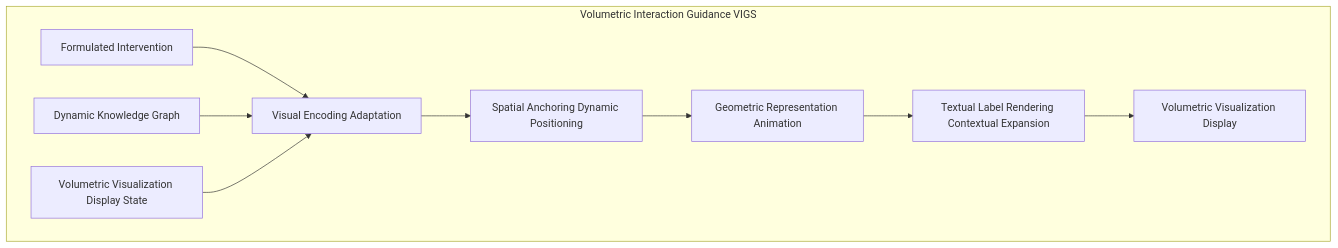
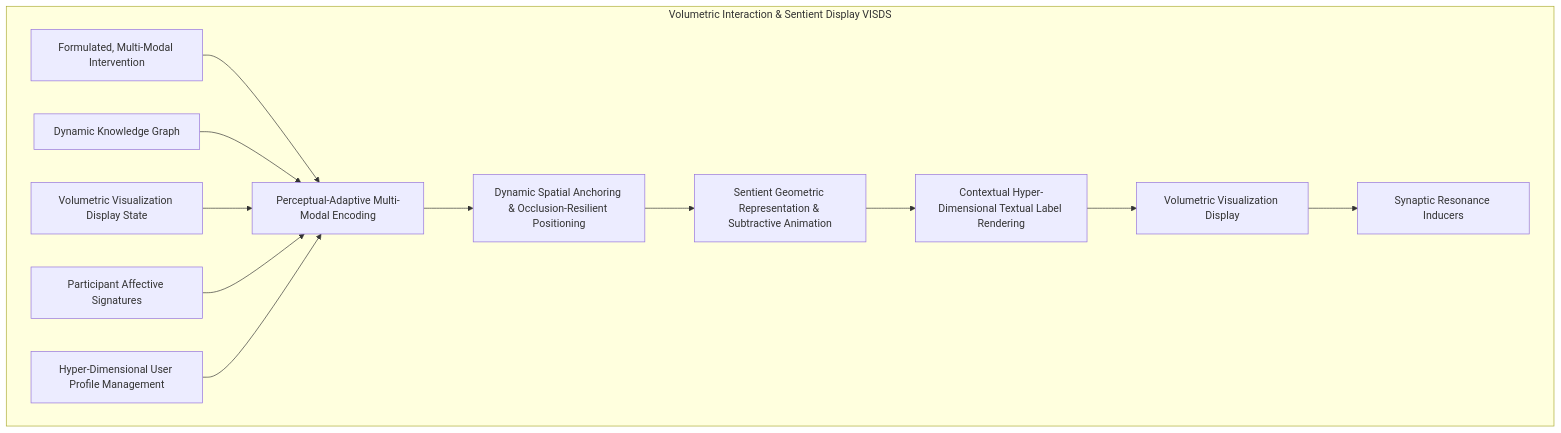
Before and after one commit to diplomat-bit/Citibank_Demo_Business_Inc_Demonstration-: the seventh of 11 diagrams in inventions/inventions/012_holographic_meeting_scribe/015_autonomous_discourse_orchestration_agent.md, drawn with Mermaid. The commit also changed other lines of this file, not shown here.

````diff
--- a/inventions/inventions/012_holographic_meeting_scribe/015_autonomous_discourse_orchestration_agent.md
+++ b/inventions/inventions/012_holographic_meeting_scribe/015_autonomous_discourse_orchestration_agent.md
@@ -335,14 +333,17 @@
 ```mermaid
 graph TD
-    subgraph Volumetric Interaction Guidance VIGS
-        SSNGM_INPUT[Formulated Intervention] --> VISUAL_ENCODING_ADAPT[Visual Encoding Adaptation];
+    subgraph Volumetric Interaction & Sentient Display VISDS
+        QLES_INPUT[Formulated, Multi-Modal Intervention] --> VISUAL_ENCODING_ADAPT[Perceptual-Adaptive Multi-Modal Encoding];
         DKG[Dynamic Knowledge Graph] --> VISUAL_ENCODING_ADAPT;
-        VVD_STATE[Volumetric Visualization Display State] --> VISUAL_ENCODING_ADAPT;
+        VISDS_STATE[Volumetric Visualization Display State] --> VISUAL_ENCODING_ADAPT;
+        P_A[Participant Affective Signatures] --> VISUAL_ENCODING_ADAPT;
+        UPM[Hyper-Dimensional User Profile Management] --> VISUAL_ENCODING_ADAPT;
         
-        VISUAL_ENCODING_ADAPT --> SPATIAL_ANCHORING[Spatial Anchoring Dynamic Positioning];
-        SPATIAL_ANCHORING --> GEOMETRIC_REPRESENTATION[Geometric Representation Animation];
-        GEOMETRIC_REPRESENTATION --> TEXTUAL_LABEL_RENDERING[Textual Label Rendering Contextual Expansion];
+        VISUAL_ENCODING_ADAPT --> SPATIAL_ANCHORING[Dynamic Spatial Anchoring & Occlusion-Resilient Positioning];
+        SPATIAL_ANCHORING --> GEOMETRIC_REPRESENTATION[Sentient Geometric Representation & Subtractive Animation];
+        GEOMETRIC_REPRESENTATION --> TEXTUAL_LABEL_RENDERING[Contextual Hyper-Dimensional Textual Label Rendering];
         
         TEXTUAL_LABEL_RENDERING --> VVD_OUTPUT[Volumetric Visualization Display];
+        VVD_OUTPUT --> SYNAPTIC_RESONANCE[Synaptic Resonance Inducers];
     end
 ```
````
